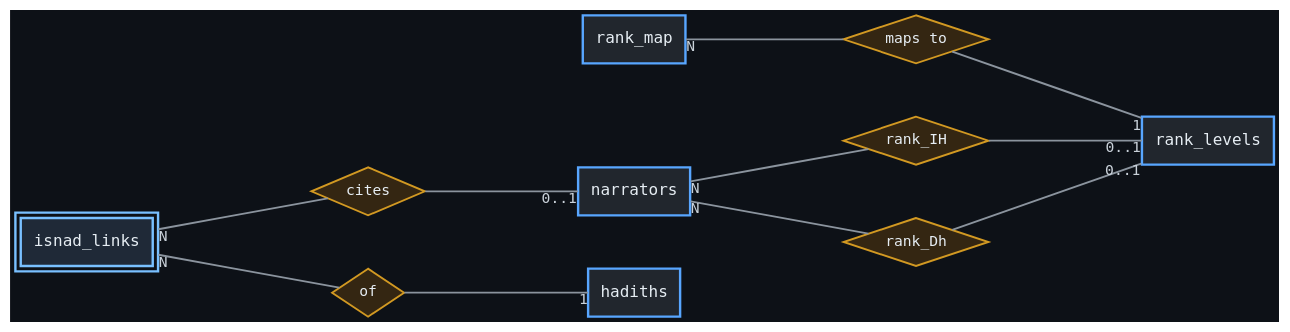
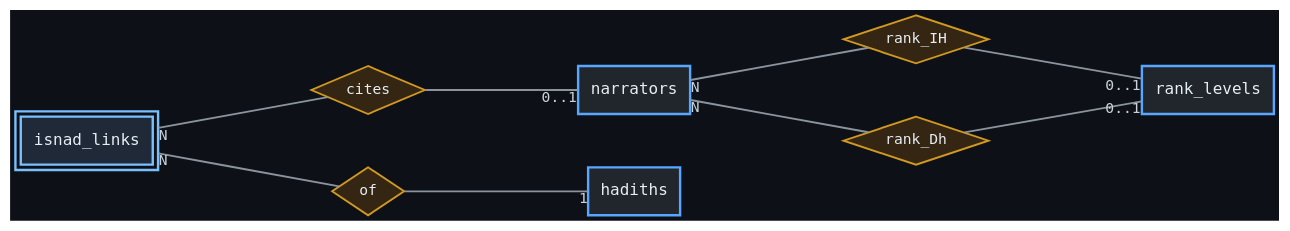
The diagram in docs/erd/plain/04_grading.dot (Kamrulhasan12345/ilham), drawn with Graphviz before and after one commit. The commit also changed 53 other files, not shown here.

First line of the commit message:
fix: make the schema loadable and correct the study-layer model

```diff
--- a/docs/erd/plain/04_grading.dot
+++ b/docs/erd/plain/04_grading.dot
@@ -1,29 +1,27 @@
 graph grading_plain {
   rankdir=LR;
   bgcolor="#0D1117";
   splines=spline;
   overlap=false;
   nodesep=0.55;
   ranksep=1.6;
   node [fontname="DejaVu Sans Mono", fontsize=12, fontcolor="#C9D1D9"];
   edge [fontname="DejaVu Sans Mono", fontsize=11, color="#8B949E", fontcolor="#C9D1D9", penwidth=1.4];
 
   node [shape=box, style="filled,bold", penwidth=1.8, fillcolor="#21262D", color="#58A6FF", fontcolor="#E6EDF3"];
-  narrators; rank_levels; rank_map; hadiths;
+  narrators; rank_levels; hadiths;
 
   node [shape=box, peripheries=2, style="filled,bold", penwidth=1.8, fillcolor="#1F2937", color="#79C0FF"];
   isnad_links;
 
   node [shape=diamond, peripheries=1, style="filled", fillcolor="#342612", color="#D29922", penwidth=1.4, fontsize=11, fontcolor="#E6EDF3"];
-  r_rankmap  [label="maps to"];
   r_nar_ih   [label="rank_IH"];
   r_nar_dh   [label="rank_Dh"];
   r_link_nar [label="cites"];
   r_link_had [label="of"];
 
-  rank_map  -- r_rankmap [taillabel="N"]; r_rankmap -- rank_levels [headlabel="1"];
   narrators -- r_nar_ih  [taillabel="N"]; r_nar_ih  -- rank_levels [headlabel="0..1"];
   narrators -- r_nar_dh  [taillabel="N"]; r_nar_dh  -- rank_levels [headlabel="0..1"];
   isnad_links -- r_link_nar [taillabel="N"]; r_link_nar -- narrators [headlabel="0..1"];
   isnad_links -- r_link_had [taillabel="N"]; r_link_had -- hadiths [headlabel="1"];
 }
```
